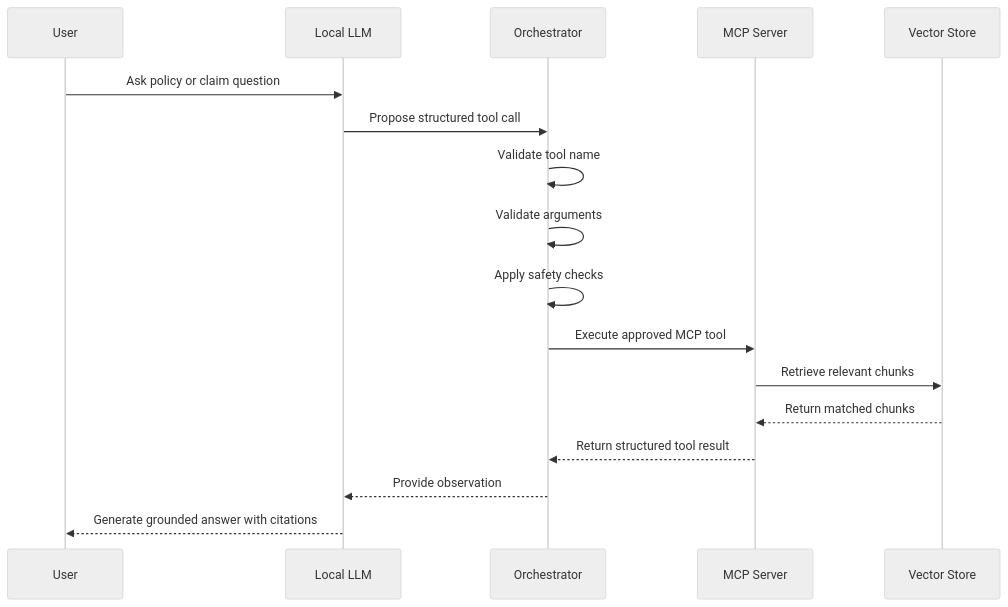
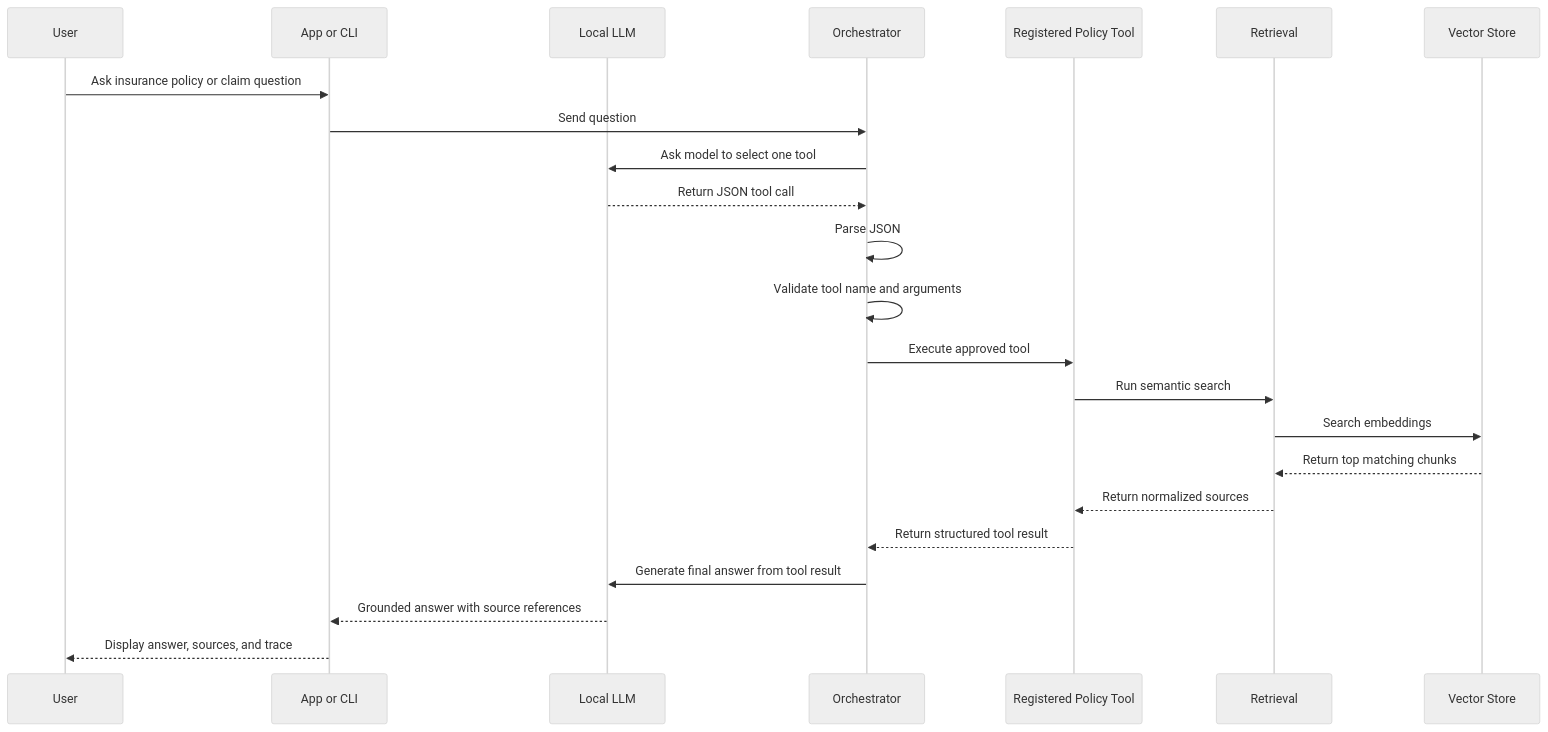
The second of 6 diagrams in README.md (SwapnilMundhekar/insurance-claims-mcp-rag), drawn with Mermaid (neutral theme) before and after one commit. The commit also changed other lines of this file, not shown here.

````diff
--- a/README.md
+++ b/README.md
@@ -108,20 +100,26 @@
 ```mermaid
 sequenceDiagram
     participant User
+    participant App as App or CLI
     participant LLM as Local LLM
     participant Orchestrator
-    participant MCP as MCP Server
+    participant Tool as Registered Policy Tool
+    participant Retrieval
     participant Store as Vector Store
 
-    User->>LLM: Ask policy or claim question
-    LLM->>Orchestrator: Propose structured tool call
-    Orchestrator->>Orchestrator: Validate tool name
-    Orchestrator->>Orchestrator: Validate arguments
-    Orchestrator->>Orchestrator: Apply safety checks
-    Orchestrator->>MCP: Execute approved MCP tool
-    MCP->>Store: Retrieve relevant chunks
-    Store-->>MCP: Return matched chunks
-    MCP-->>Orchestrator: Return structured tool result
-    Orchestrator-->>LLM: Provide observation
-    LLM-->>User: Generate grounded answer with citations
+    User->>App: Ask insurance policy or claim question
+    App->>Orchestrator: Send question
+    Orchestrator->>LLM: Ask model to select one tool
+    LLM-->>Orchestrator: Return JSON tool call
+    Orchestrator->>Orchestrator: Parse JSON
+    Orchestrator->>Orchestrator: Validate tool name and arguments
+    Orchestrator->>Tool: Execute approved tool
+    Tool->>Retrieval: Run semantic search
+    Retrieval->>Store: Search embeddings
+    Store-->>Retrieval: Return top matching chunks
+    Retrieval-->>Tool: Return normalized sources
+    Tool-->>Orchestrator: Return structured tool result
+    Orchestrator->>LLM: Generate final answer from tool result
+    LLM-->>App: Grounded answer with source references
+    App-->>User: Display answer, sources, and trace
 ```
````
